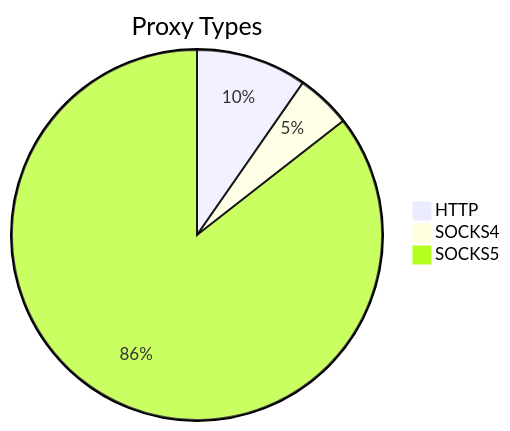
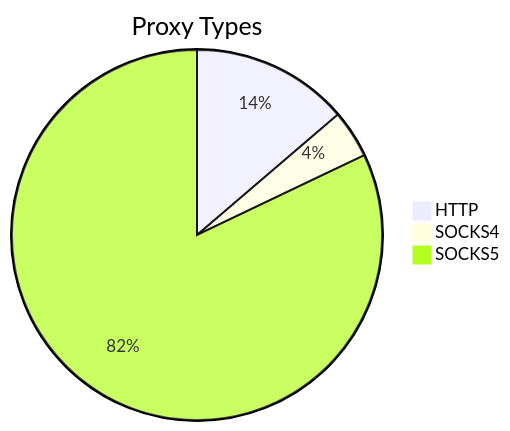
Before and after one commit to stormsia/proxy-list: the first of 2 diagrams in README.md, drawn with Mermaid. The commit also changed other lines of this file, not shown here.

````diff
--- a/README.md
+++ b/README.md
@@ -21,6 +21,6 @@
 ```mermaid
 pie title Proxy Types
-    "HTTP" : 107
-    "SOCKS4" : 53
-    "SOCKS5" : 947
+    "HTTP" : 125
+    "SOCKS4" : 38
+    "SOCKS5" : 747
 ```
````
